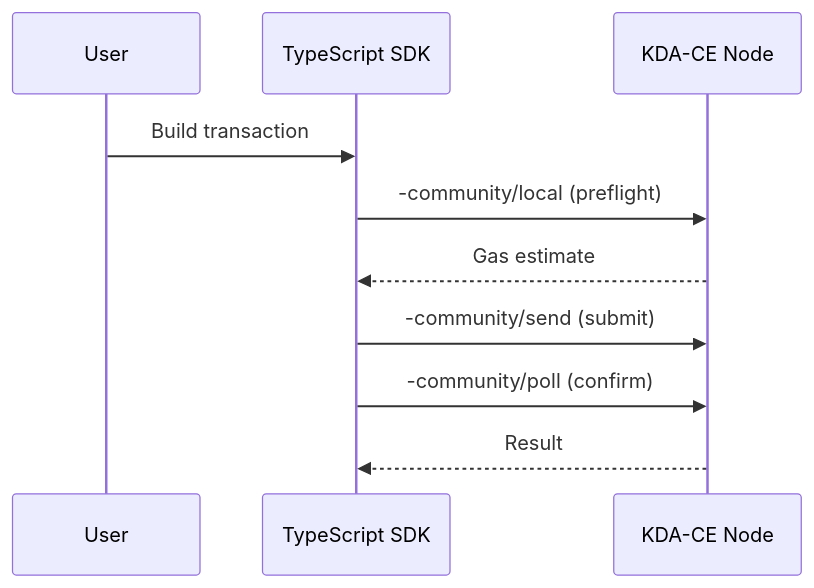
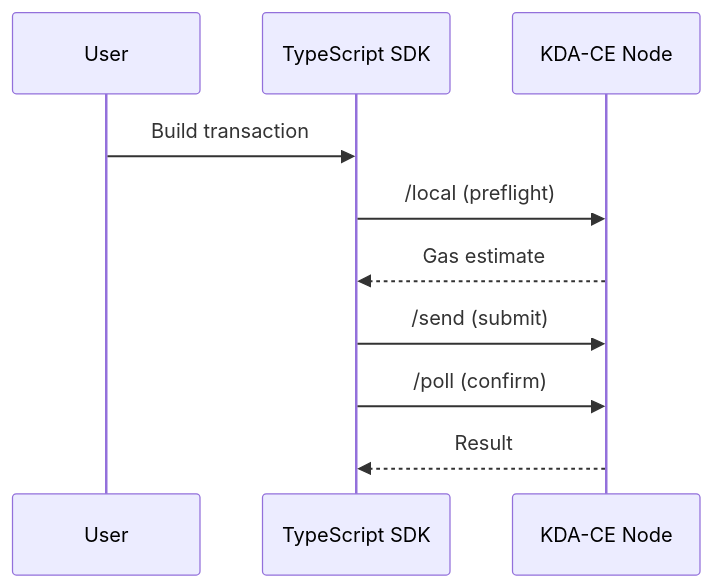
Before and after one commit to Pact-Community-Organization/pact-kit: the second of 2 diagrams in skills/mermaid-diagrams/SKILL.md, drawn with Mermaid. The commit also changed 25 other files, not shown here.

````diff
--- a/skills/mermaid-diagrams/SKILL.md
+++ b/skills/mermaid-diagrams/SKILL.md
@@ -34,12 +34,12 @@
 ```mermaid
 sequenceDiagram
     participant User
     participant SDK as TypeScript SDK
     participant Node as KDA-CE Node
     User->>SDK: Build transaction
-    SDK->>Node: -community/local (preflight)
+    SDK->>Node: /local (preflight)
     Node-->>SDK: Gas estimate
-    SDK->>Node: -community/send (submit)
-    SDK->>Node: -community/poll (confirm)
+    SDK->>Node: /send (submit)
+    SDK->>Node: /poll (confirm)
     Node-->>SDK: Result
 ```
````
